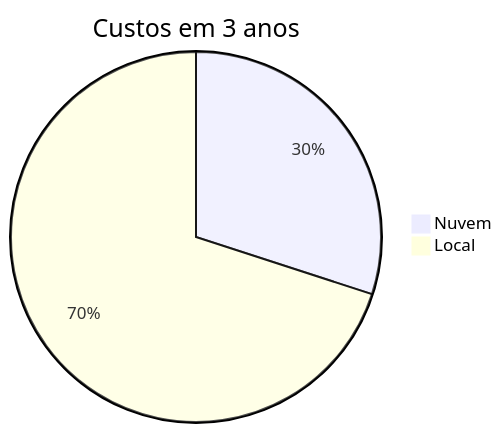
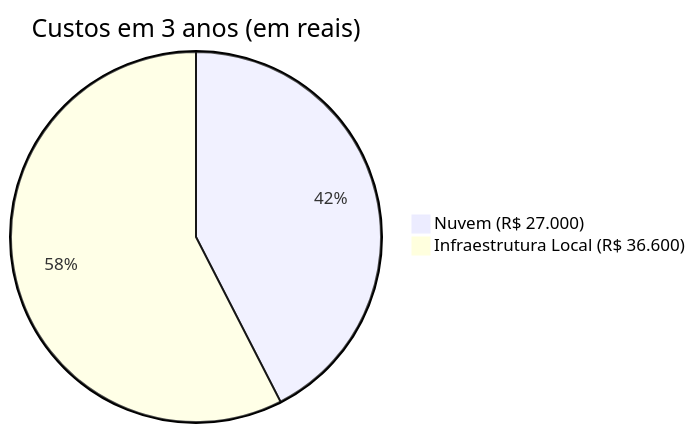
The fourth of 4 diagrams in aula7/PROPOSTA.md (maurosonic96-crypto/aulas), drawn with Mermaid before and after one commit. The commit also changed other lines of this file and 1 other file, not shown here.

````diff
--- a/aula7/PROPOSTA.md
+++ b/aula7/PROPOSTA.md
@@ -183,6 +276,6 @@
 ```mermaid
 pie
-    title Custos em 3 anos
-    "Nuvem" : 30
-    "Local" : 70
+    title Custos em 3 anos (em reais)
+    "Nuvem (R$ 27.000)" : 27000
+    "Infraestrutura Local (R$ 36.600)" : 36600
 ```
````
